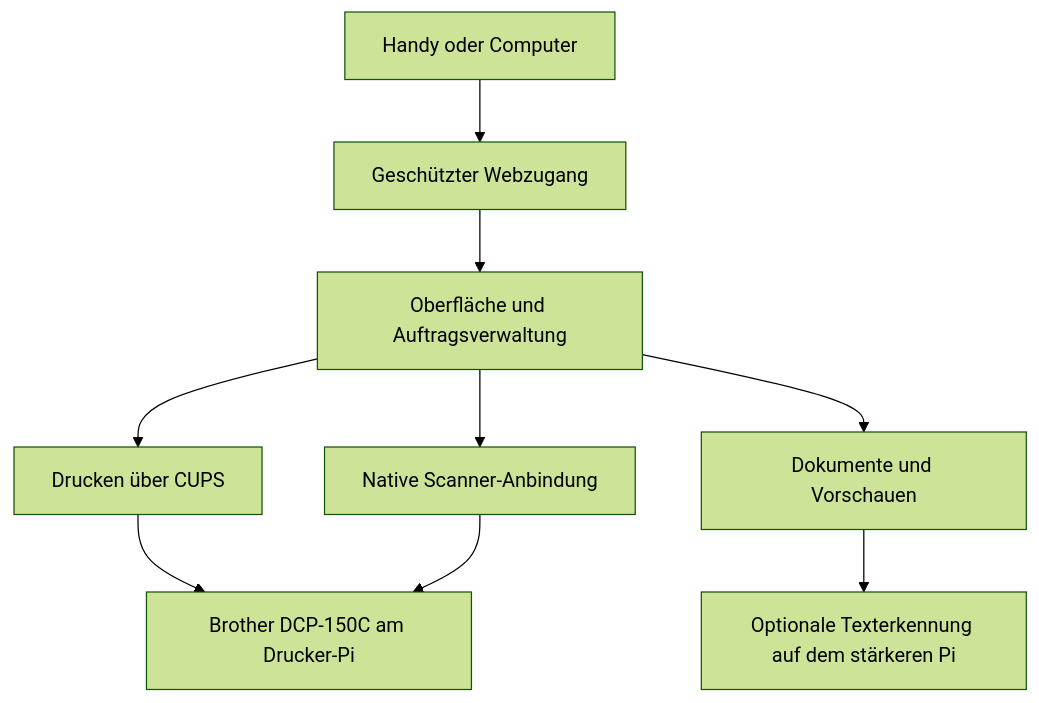
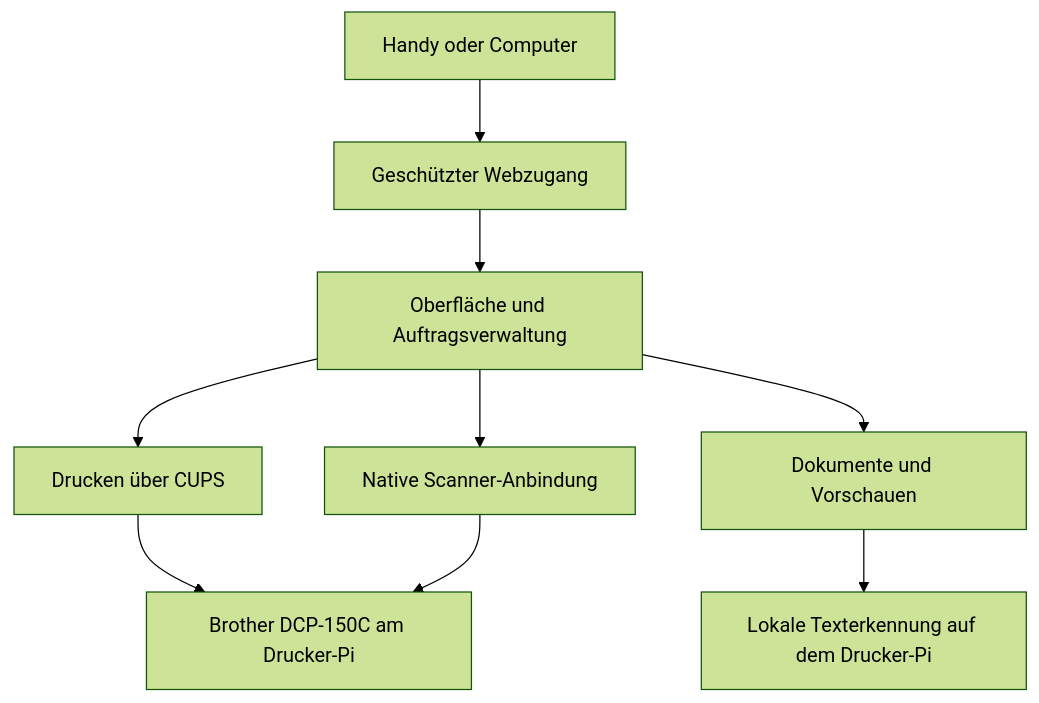
The diagram in docs/control-center-plan.de.md (Fluffyattack/brother-dcp150c-native), drawn with Mermaid (forest theme) before and after one commit. The commit also changed other lines of this file and 26 other files, not shown here.

````diff
--- a/docs/control-center-plan.de.md
+++ b/docs/control-center-plan.de.md
@@ -115,11 +115,11 @@
 ```mermaid
 flowchart TD
     Browser[Handy oder Computer] --> Zugang[Geschützter Webzugang]
     Zugang --> Verwaltung[Oberfläche und Auftragsverwaltung]
     Verwaltung --> Druck[Drucken über CUPS]
     Verwaltung --> Scan[Native Scanner-Anbindung]
     Verwaltung --> Dateien[Dokumente und Vorschauen]
-    Dateien --> Text[Optionale Texterkennung auf dem stärkeren Pi]
+    Dateien --> Text[Lokale Texterkennung auf dem Drucker-Pi]
     Druck --> Geraet[Brother DCP-150C am Drucker-Pi]
     Scan --> Geraet
 ```
````
